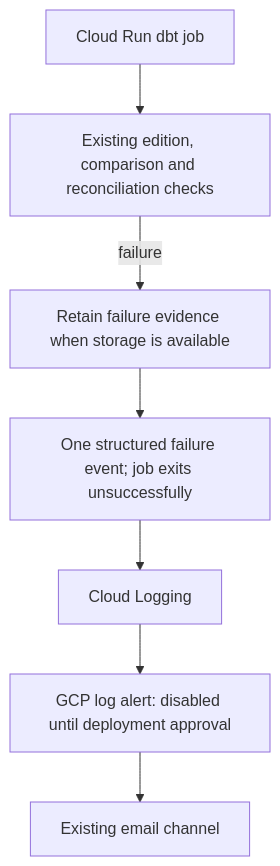
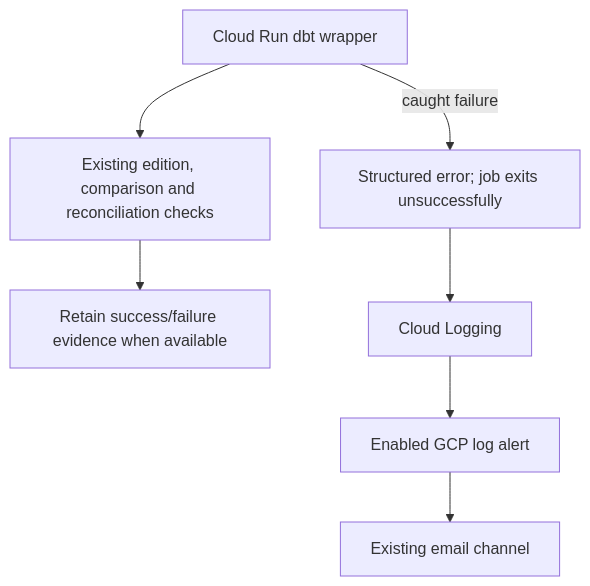
One commit to mifuha/runwx changed the diagram in docs/pipeline-alerts.md. Above: the diagram before and after it, drawn with Mermaid. The commit also changed other lines of this file and 7 other files, not shown here.

Commit message:
Explain verified dbt failure alerts on the website and in docs (#77)

````diff
--- a/docs/pipeline-alerts.md
+++ b/docs/pipeline-alerts.md
@@ -7,9 +7,9 @@
 ```mermaid
 flowchart TD
-    job[Cloud Run dbt job] --> runner[Existing edition, comparison and reconciliation checks]
-    runner -->|failure| evidence[Retain failure evidence when storage is available]
-    evidence --> event[One structured failure event; job exits unsuccessfully]
+    job[Cloud Run dbt wrapper] --> runner[Existing edition, comparison and reconciliation checks]
+    runner --> evidence[Retain success/failure evidence when available]
+    job -->|caught failure| event[Structured error; job exits unsuccessfully]
     event --> logging[Cloud Logging]
-    logging --> policy[GCP log alert: disabled until deployment approval]
+    logging --> policy[Enabled GCP log alert]
     policy --> email[Existing email channel]
 ```
````
